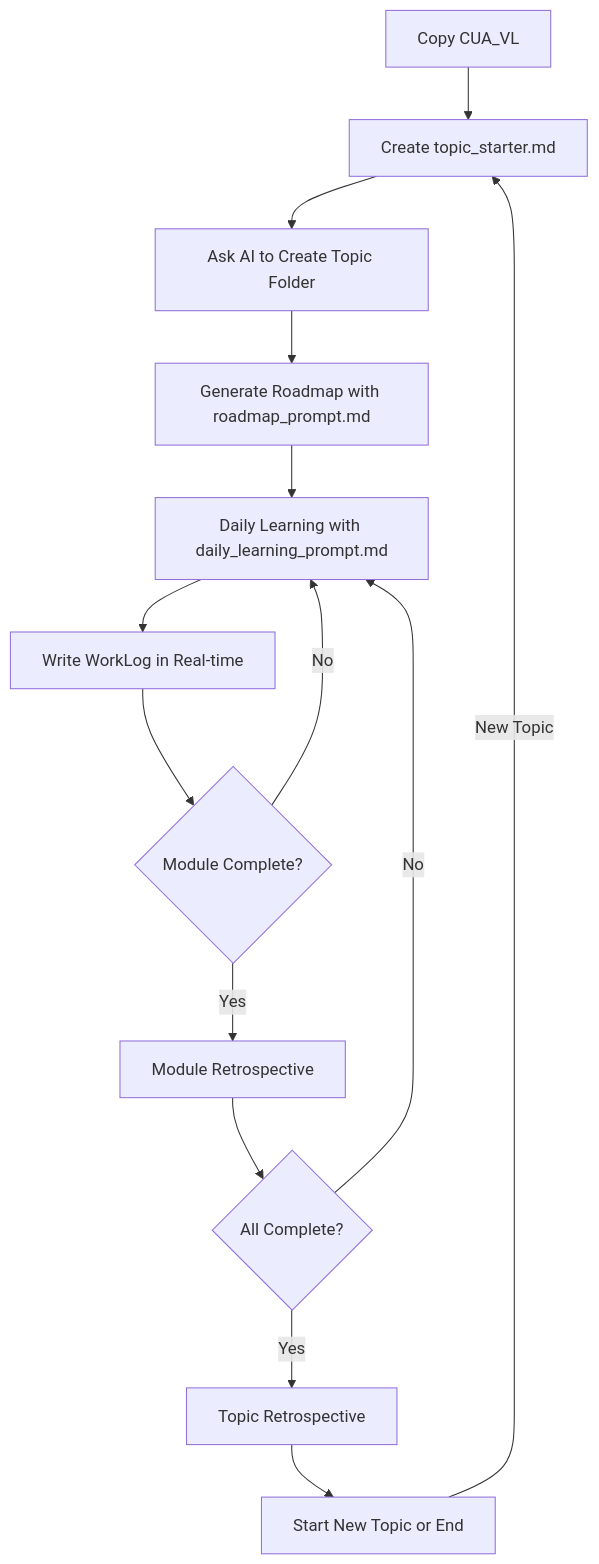
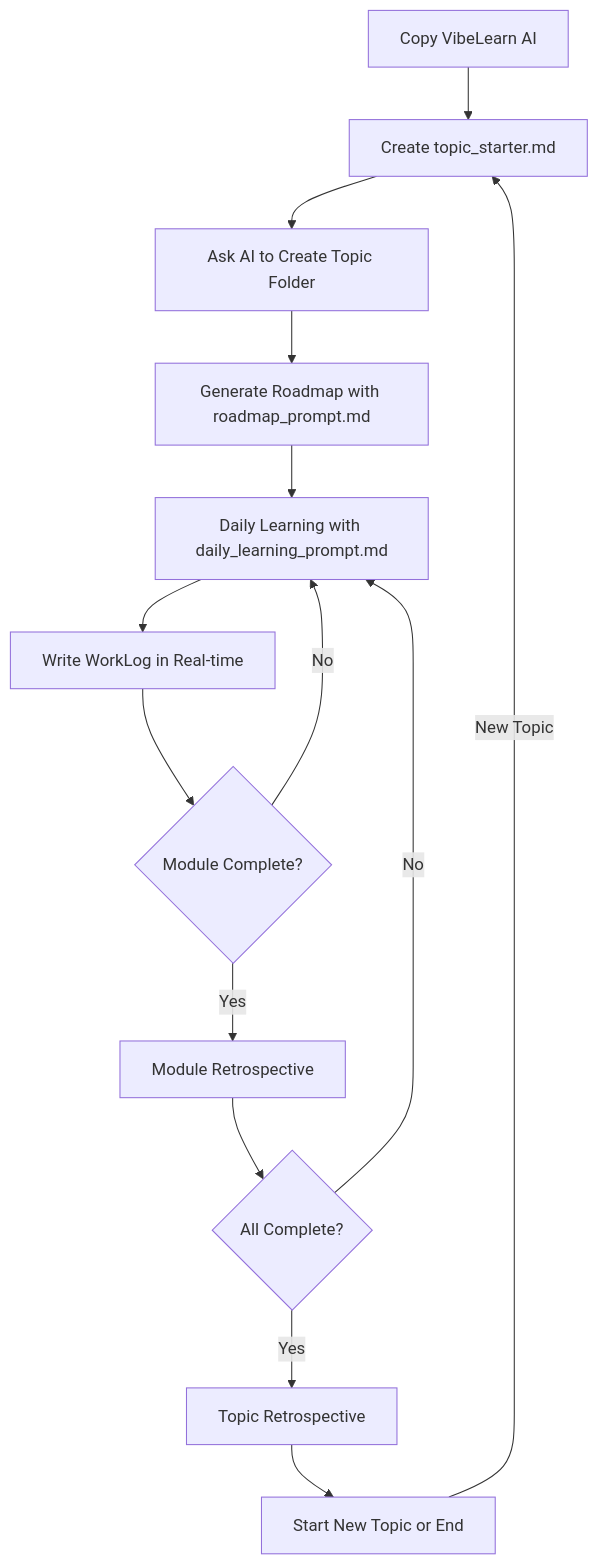
Before and after one commit to solkit70/CatchUpAI_VL_Template: the diagram in GETTING_STARTED.en.md, drawn with Mermaid. The commit also changed other lines of this file and 23 other files, not shown here.

First line of the commit message:
Rename CUA_VL to VibeLearn AI across all documents

````diff
--- a/GETTING_STARTED.en.md
+++ b/GETTING_STARTED.en.md
@@ -247,16 +247,16 @@
 ```mermaid
 graph TD
-    A[Copy CUA_VL] --> B[Create topic_starter.md]
+    A[Copy VibeLearn AI] --> B[Create topic_starter.md]
     B --> C[Ask AI to Create Topic Folder]
     C --> D[Generate Roadmap with roadmap_prompt.md]
     D --> E[Daily Learning with daily_learning_prompt.md]
     E --> F[Write WorkLog in Real-time]
     F --> G{Module Complete?}
     G -->|No| E
     G -->|Yes| H[Module Retrospective]
     H --> I{All Complete?}
     I -->|No| E
     I -->|Yes| J[Topic Retrospective]
     J --> K[Start New Topic or End]
     K -->|New Topic| B
 ```
````
